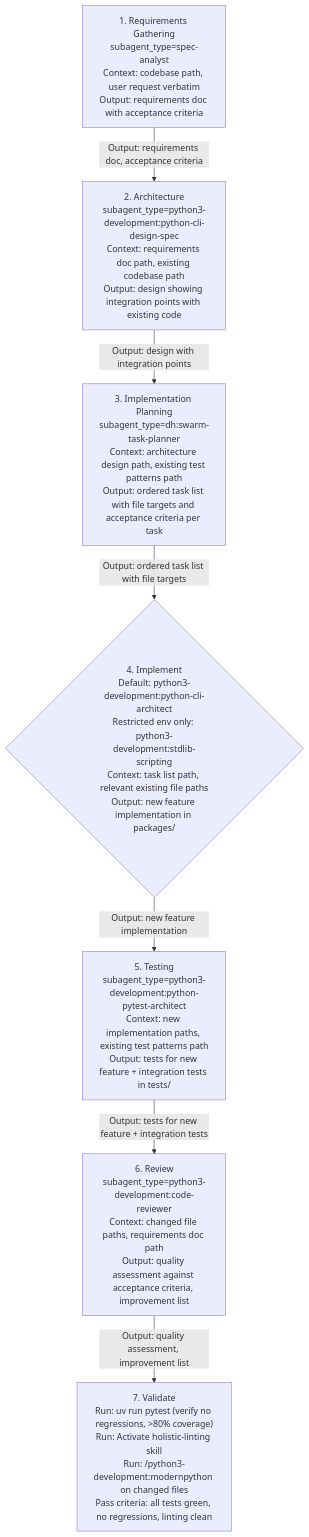
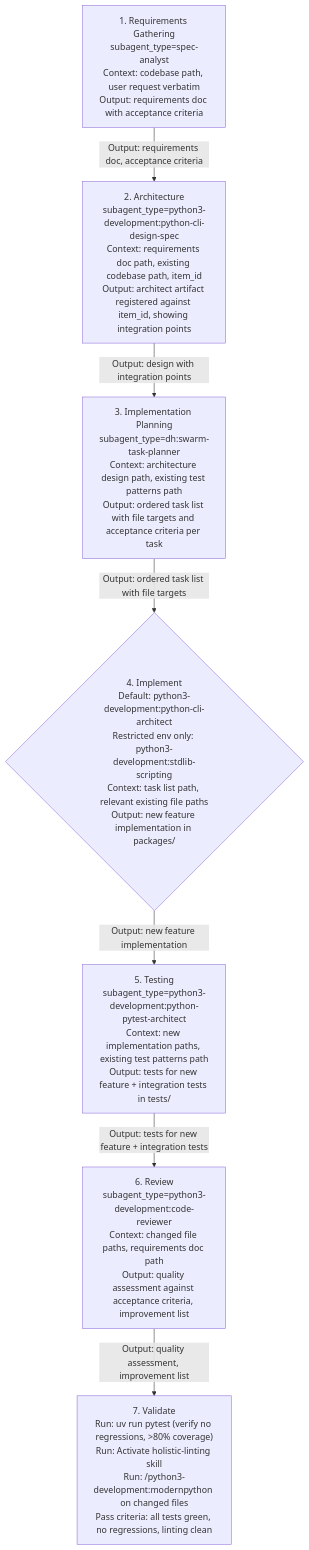
The second of 6 diagrams in plugins/python3-development/skills/python3-development/references/python-development-orchestration.md (Jamie-BitFlight/claude_skills), drawn with Mermaid before and after one commit. The commit also changed other lines of this file and 9 other files, not shown here.

First line of the commit message:
fix(python-engineering): resolve item_id before Direct Track architecture-design dispatch (#3193)

````diff
--- a/plugins/python3-development/skills/python3-development/references/python-development-orchestration.md
+++ b/plugins/python3-development/skills/python3-development/references/python-development-orchestration.md
@@ -98,16 +104,16 @@
 ```mermaid
 flowchart TD
     S1["1. Requirements Gathering<br>subagent_type=spec-analyst<br>Context: codebase path, user request verbatim<br>Output: requirements doc with acceptance criteria"]
-    S2["2. Architecture<br>subagent_type=python3-development:python-cli-design-spec<br>Context: requirements doc path, existing codebase path<br>Output: design showing integration points with existing code"]
+    S2["2. Architecture<br>subagent_type=python3-development:python-cli-design-spec<br>Context: requirements doc path, existing codebase path, item_id<br>Output: architect artifact registered against item_id, showing integration points"]
     S3["3. Implementation Planning<br>subagent_type=dh:swarm-task-planner<br>Context: architecture design path, existing test patterns path<br>Output: ordered task list with file targets and acceptance criteria per task"]
     S4{"4. Implement<br>Default: python3-development:python-cli-architect<br>Restricted env only: python3-development:stdlib-scripting<br>Context: task list path, relevant existing file paths<br>Output: new feature implementation in packages/"}
     S5["5. Testing<br>subagent_type=python3-development:python-pytest-architect<br>Context: new implementation paths, existing test patterns path<br>Output: tests for new feature + integration tests in tests/"]
     S6["6. Review<br>subagent_type=python3-development:code-reviewer<br>Context: changed file paths, requirements doc path<br>Output: quality assessment against acceptance criteria, improvement list"]
     S7["7. Validate<br>Run: uv run pytest (verify no regressions, >80% coverage)<br>Run: Activate holistic-linting skill<br>Run: /python3-development:modernpython on changed files<br>Pass criteria: all tests green, no regressions, linting clean"]
     S1 -->|"Output: requirements doc, acceptance criteria"| S2
     S2 -->|"Output: design with integration points"| S3
     S3 -->|"Output: ordered task list with file targets"| S4
     S4 -->|"Output: new feature implementation"| S5
     S5 -->|"Output: tests for new feature + integration tests"| S6
     S6 -->|"Output: quality assessment, improvement list"| S7
 ```
````
